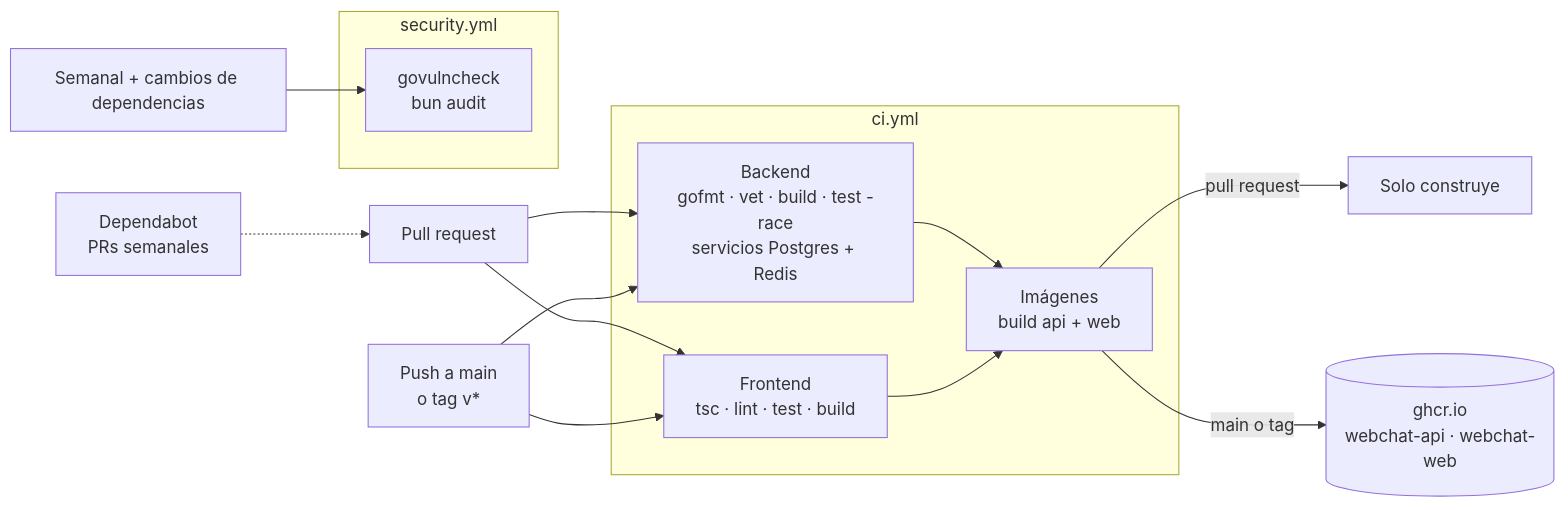
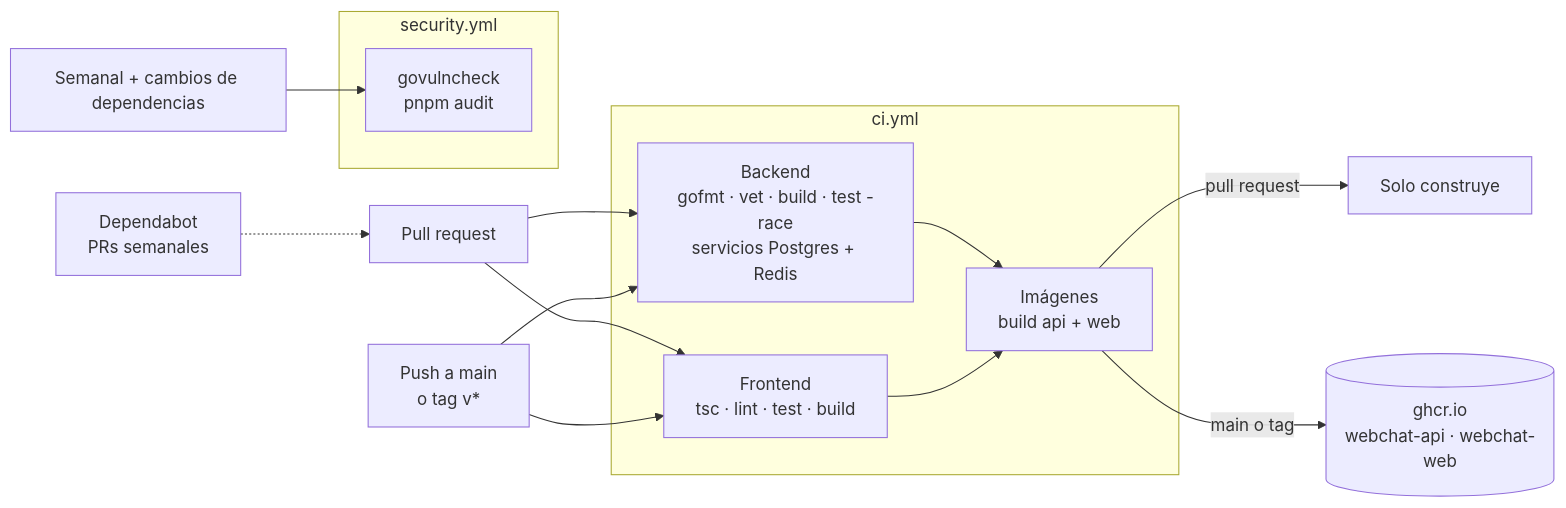
One commit to TonyGLL/webchat changed the diagram in docs/es/ci-cd.md. Above: the diagram before and after it, drawn with Mermaid. The commit also changed other lines of this file and 23 other files, not shown here.

````diff
--- a/docs/es/ci-cd.md
+++ b/docs/es/ci-cd.md
@@ -9,21 +9,21 @@
 ```mermaid
 flowchart LR
     PR[Pull request] --> B
     PR --> F
     PUSH[Push a main<br/>o tag v*] --> B
     PUSH --> F
     subgraph CI["ci.yml"]
       B[Backend<br/>gofmt · vet · build · test -race<br/>servicios Postgres + Redis]
       F[Frontend<br/>tsc · lint · test · build]
       B --> I
       F --> I
       I[Imágenes<br/>build api + web]
     end
     I -->|pull request| NOPUSH[Solo construye]
     I -->|main o tag| GHCR[(ghcr.io<br/>webchat-api · webchat-web)]
     CRON[Semanal + cambios de dependencias] --> SEC
     subgraph SECW["security.yml"]
-      SEC[govulncheck<br/>bun audit]
+      SEC[govulncheck<br/>pnpm audit]
     end
     DEP[Dependabot<br/>PRs semanales] -.-> PR
 ```
````
